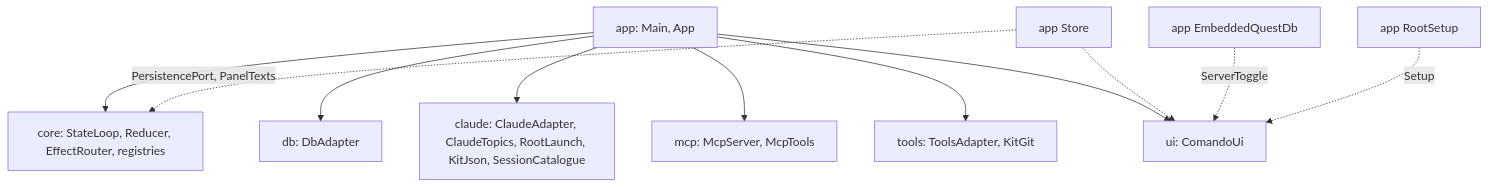
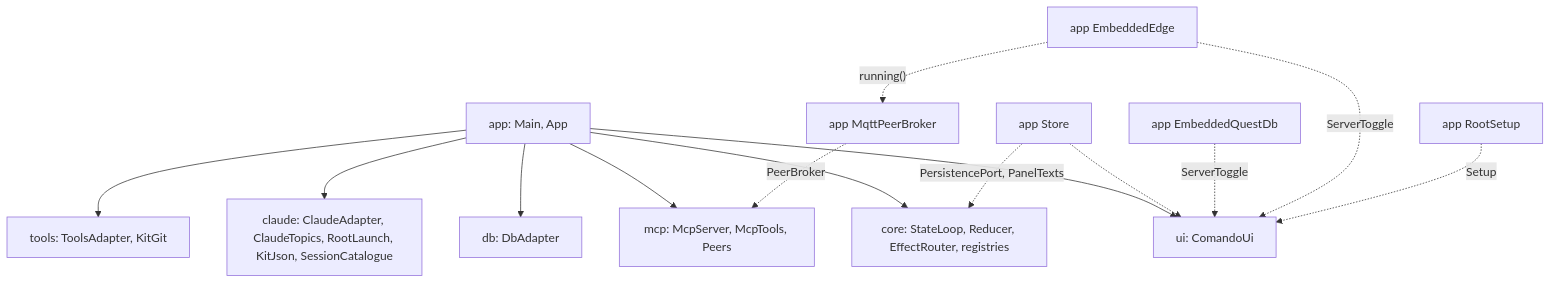
One commit to marregui/comando changed the diagram in app/README.md. Above: the diagram before and after it, drawn with Mermaid. The commit also changed other lines of this file and 70 other files, not shown here.

Commit message:
Instances: names, the comando Edge, consults over MQTT, agent action parity; Edge and QuestDB logs in Help; live log panels; files to read take the whole height

````diff
--- a/app/README.md
+++ b/app/README.md
@@ -68,13 +74,16 @@
 ```mermaid
 flowchart TB
   APP["app: Main, App"] --> CORE["core: StateLoop, Reducer, EffectRouter, registries"]
   APP --> DB["db: DbAdapter"]
   APP --> CL["claude: ClaudeAdapter, ClaudeTopics, RootLaunch, KitJson, SessionCatalogue"]
-  APP --> MCP["mcp: McpServer, McpTools"]
+  APP --> MCP["mcp: McpServer, McpTools, Peers"]
   APP --> TO["tools: ToolsAdapter, KitGit"]
   APP --> UI["ui: ComandoUi"]
   ST["app Store"] -.->|"PersistencePort, PanelTexts"| CORE
   ST -.-> UI
   Q["app EmbeddedQuestDb"] -.->|"ServerToggle"| UI
+  E["app EmbeddedEdge"] -.->|"ServerToggle"| UI
   K["app RootSetup"] -.->|"Setup"| UI
+  B["app MqttPeerBroker"] -.->|"PeerBroker"| MCP
+  E -.->|"running()"| B
 ```
````
